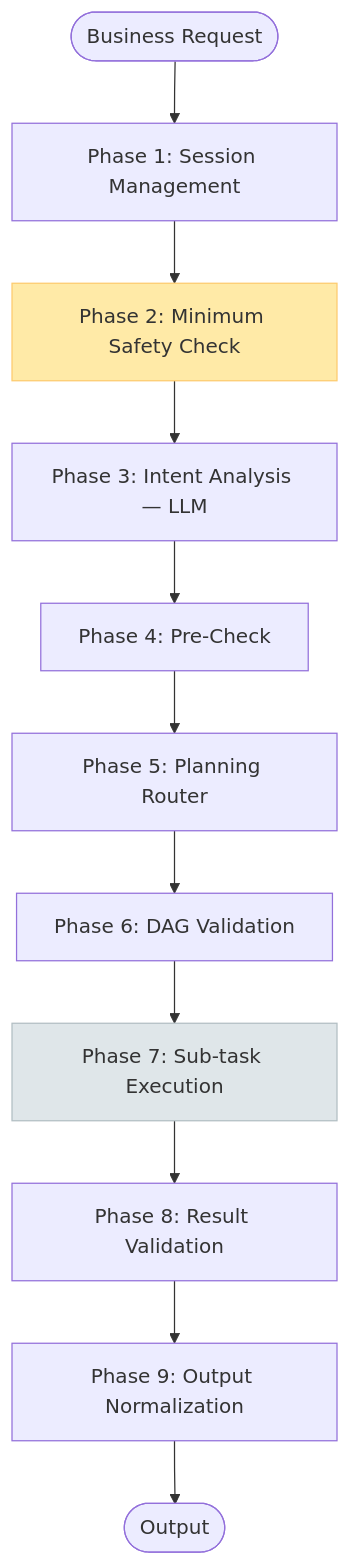
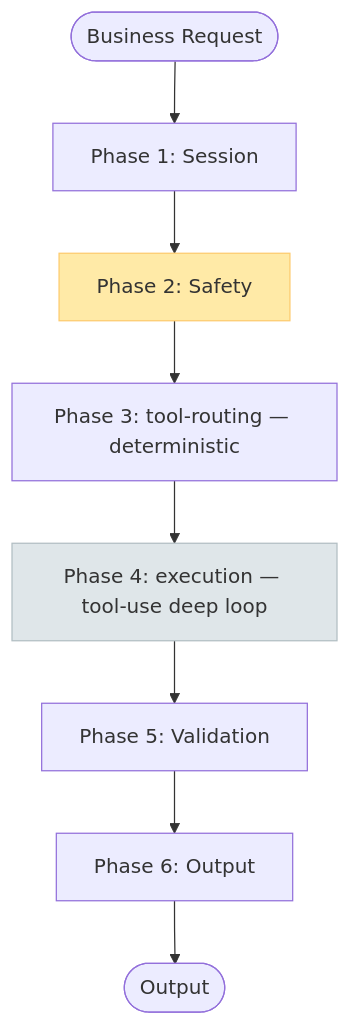
The fourth of 7 diagrams in docs/architecture/pipeline-phases.md (dangaogit/tachu), drawn with Mermaid before and after one commit. The commit also changed other lines of this file and 103 other files, not shown here.

````diff
--- a/docs/architecture/pipeline-phases.md
+++ b/docs/architecture/pipeline-phases.md
@@ -60,16 +83,13 @@
 ```mermaid
 graph TD
-    Start([Business Request]) --> S1[Phase 1: Session Management]
-    S1 --> S2[Phase 2: Minimum Safety Check]
-    S2 --> S3[Phase 3: Intent Analysis — LLM]
-    S3 --> S4[Phase 4: Pre-Check]
-    S4 --> S5[Phase 5: Planning Router]
-    S5 --> S6[Phase 6: DAG Validation]
-    S6 --> S7[Phase 7: Sub-task Execution]
-    S7 --> S8[Phase 8: Result Validation]
-    S8 --> S9[Phase 9: Output Normalization]
-    S9 --> End([Output])
+    Start([Business Request]) --> S1[Phase 1: Session]
+    S1 --> S2[Phase 2: Safety]
+    S2 --> S3[Phase 3: tool-routing — deterministic]
+    S3 --> S4[Phase 4: execution — tool-use deep loop]
+    S4 --> S5[Phase 5: Validation]
+    S5 --> S6[Phase 6: Output]
+    S6 --> End([Output])
 
     style S2 fill:#ffeaa7,stroke:#fdcb6e
-    style S7 fill:#dfe6e9,stroke:#b2bec3
+    style S4 fill:#dfe6e9,stroke:#b2bec3
 ```
````
